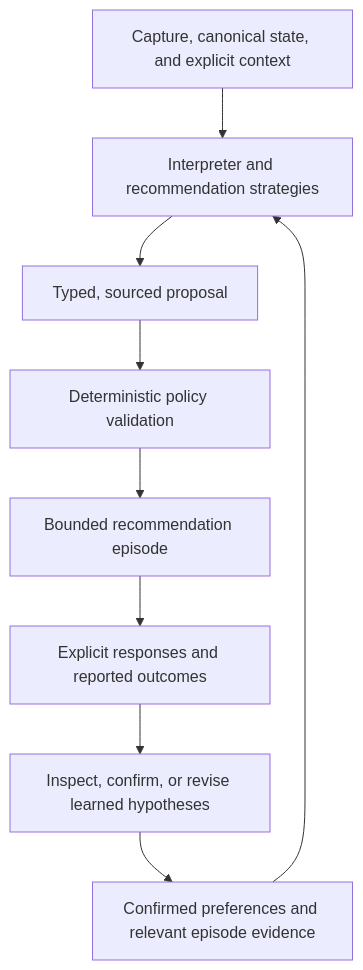
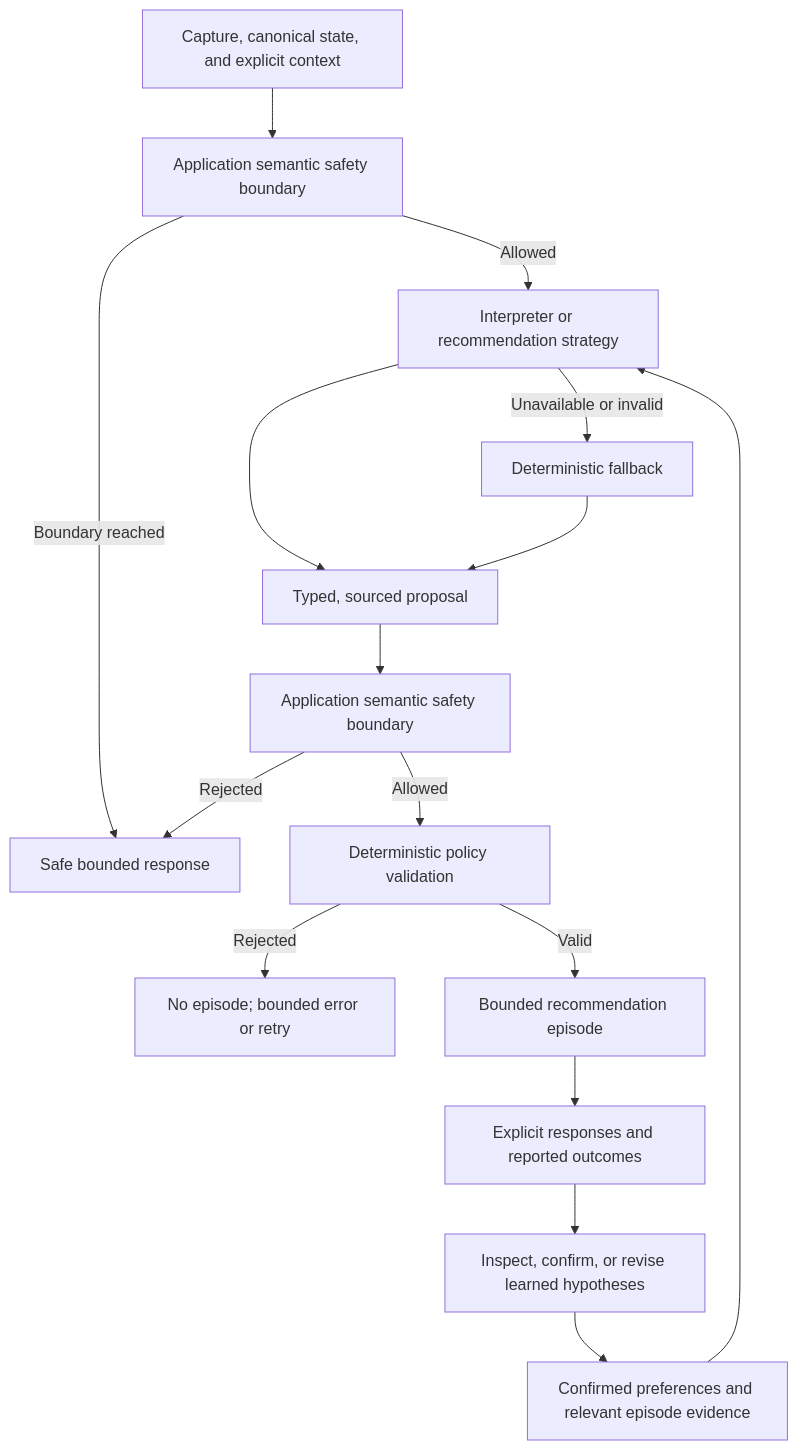
Before and after one commit to rootkow/weavance: the diagram in docs/llm-personalization.md, drawn with Mermaid. The commit also changed other lines of this file and 6 other files, not shown here.

````diff
--- a/docs/llm-personalization.md
+++ b/docs/llm-personalization.md
@@ -173,11 +199,18 @@
 ```mermaid
 flowchart TD
-    INPUTS["Capture, canonical state, and explicit context"] --> INFER["Interpreter and recommendation strategies"]
+    INPUTS["Capture, canonical state, and explicit context"] --> SAFETY_IN["Application semantic safety boundary"]
+    SAFETY_IN -->|"Allowed"| INFER["Interpreter or recommendation strategy"]
+    SAFETY_IN -->|"Boundary reached"| SAFE["Safe bounded response"]
     PROFILE["Confirmed preferences and relevant episode evidence"] --> INFER
+    INFER -->|"Unavailable or invalid"| FALLBACK["Deterministic fallback"]
     INFER --> PROPOSAL["Typed, sourced proposal"]
-    PROPOSAL --> POLICY["Deterministic policy validation"]
-    POLICY --> EPISODE["Bounded recommendation episode"]
+    FALLBACK --> PROPOSAL
+    PROPOSAL --> SAFETY_OUT["Application semantic safety boundary"]
+    SAFETY_OUT -->|"Rejected"| SAFE
+    SAFETY_OUT -->|"Allowed"| POLICY["Deterministic policy validation"]
+    POLICY -->|"Rejected"| NO_EPISODE["No episode; bounded error or retry"]
+    POLICY -->|"Valid"| EPISODE["Bounded recommendation episode"]
     EPISODE --> EVENTS["Explicit responses and reported outcomes"]
     EVENTS --> LEARN["Inspect, confirm, or revise learned hypotheses"]
     LEARN --> PROFILE
 ```
````
